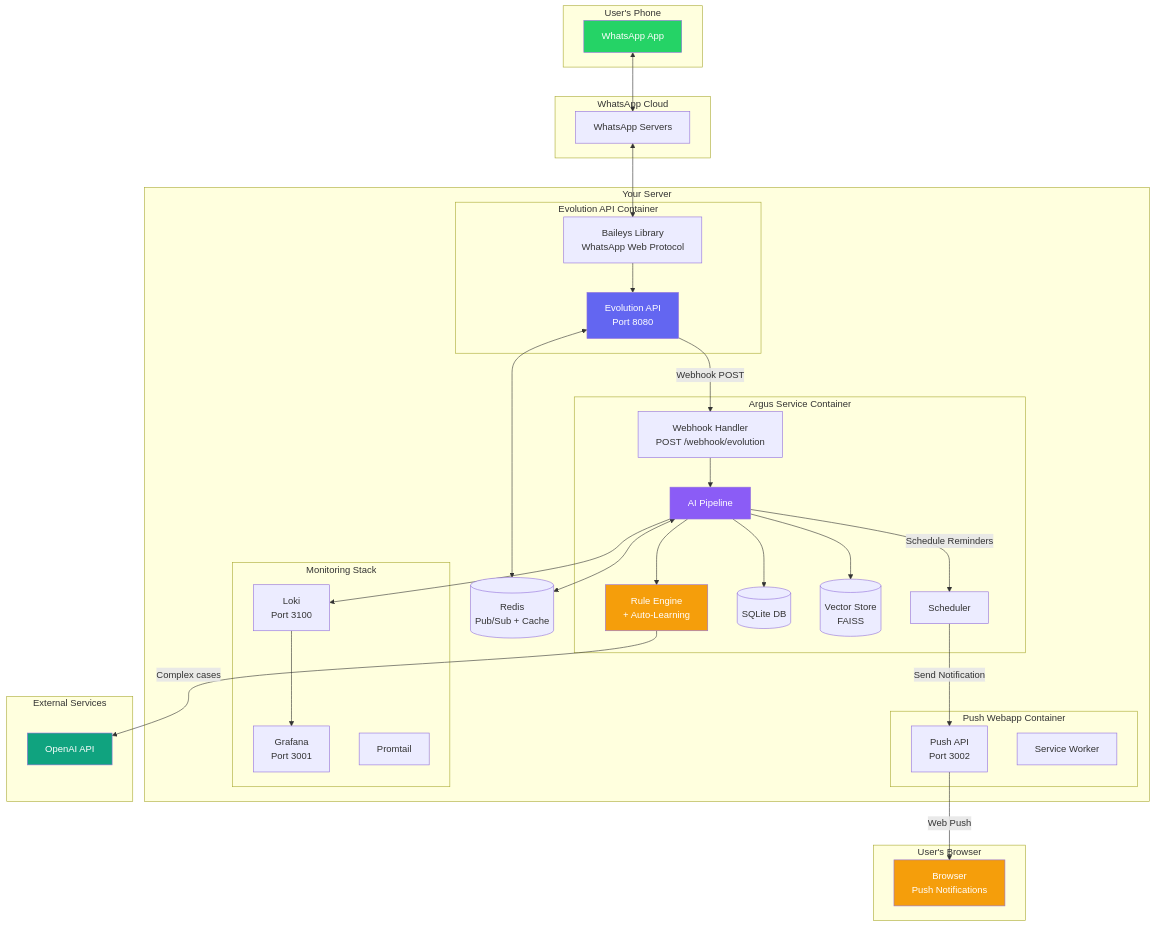
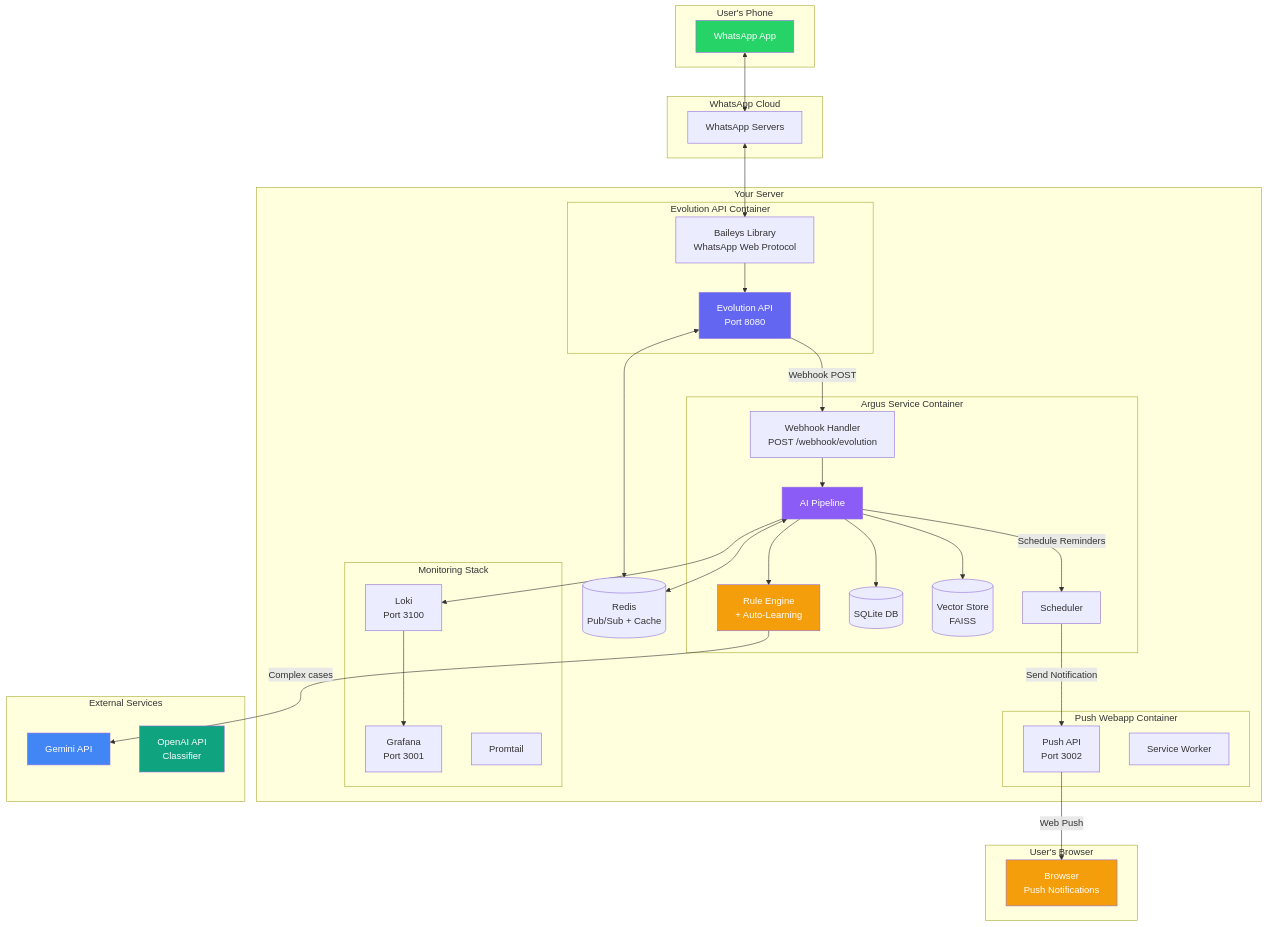
One commit to nityam2007/whatsapp-chat-rmd changed the first of 10 diagrams in docs/ARCHITECTURE.md. Above: the diagram before and after it, drawn with Mermaid. The commit also changed other lines of this file and 3 other files, not shown here.

Commit message:
docs: update architecture docs to reflect Gemini 3 Flash upgrade

````diff
--- a/docs/ARCHITECTURE.md
+++ b/docs/ARCHITECTURE.md
@@ -12,72 +12,74 @@
 ```mermaid
 graph TB
     subgraph "User's Phone"
         WA[WhatsApp App]
     end
 
     subgraph "WhatsApp Cloud"
         WAC[WhatsApp Servers]
     end
 
     subgraph "Your Server"
         subgraph "Evolution API Container"
             EVO[Evolution API<br/>Port 8080]
             BAILEYS[Baileys Library<br/>WhatsApp Web Protocol]
         end
 
         subgraph "Argus Service Container"
             WEBHOOK[Webhook Handler<br/>POST /webhook/evolution]
             PIPELINE[AI Pipeline]
             RULEENG[Rule Engine<br/>+ Auto-Learning]
             DB[(SQLite DB)]
             VECTOR[(Vector Store<br/>FAISS)]
             SCHEDULER[Scheduler]
         end
 
         subgraph "Push Webapp Container"
             PUSHAPI[Push API<br/>Port 3002]
             SW[Service Worker]
         end
 
         subgraph "Monitoring Stack"
             GRAFANA[Grafana<br/>Port 3001]
             LOKI[Loki<br/>Port 3100]
             PROMTAIL[Promtail]
         end
 
         REDIS[(Redis<br/>Pub/Sub + Cache)]
     end
 
     subgraph "External Services"
-        OPENAI[OpenAI API]
+        GEMINI[Gemini API]
+        OPENAI[OpenAI API<br/>Classifier]
     end
 
     subgraph "User's Browser"
         BROWSER[Browser<br/>Push Notifications]
     end
 
     WA <--> WAC
     WAC <--> BAILEYS
     BAILEYS --> EVO
     EVO -->|Webhook POST| WEBHOOK
     WEBHOOK --> PIPELINE
     PIPELINE --> RULEENG
-    RULEENG -->|Complex cases| OPENAI
+    RULEENG -->|Complex cases| GEMINI
     PIPELINE --> DB
     PIPELINE --> VECTOR
     PIPELINE -->|Schedule Reminders| SCHEDULER
     SCHEDULER -->|Send Notification| PUSHAPI
     PUSHAPI -->|Web Push| BROWSER
     
     EVO <--> REDIS
     PIPELINE <--> REDIS
     PIPELINE --> LOKI
     LOKI --> GRAFANA
 
     style WA fill:#25D366,color:#fff
     style EVO fill:#6366f1,color:#fff
     style PIPELINE fill:#8b5cf6,color:#fff
     style RULEENG fill:#f59e0b,color:#fff
+    style GEMINI fill:#4285f4,color:#fff
     style OPENAI fill:#10a37f,color:#fff
     style BROWSER fill:#f59e0b,color:#fff
 ```
````
